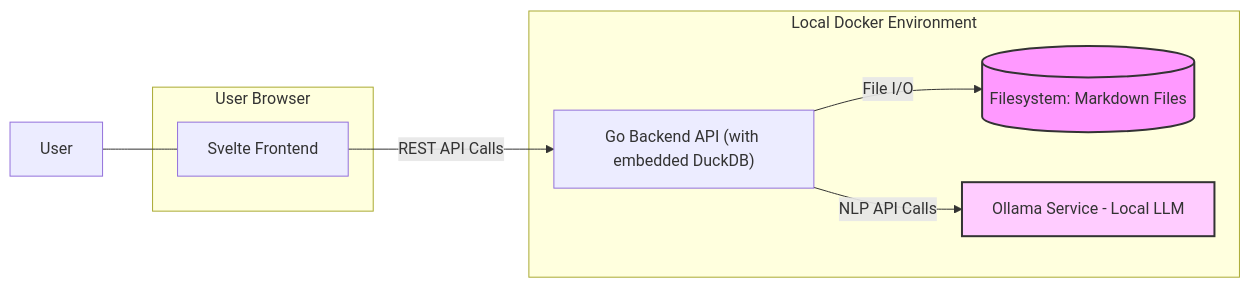
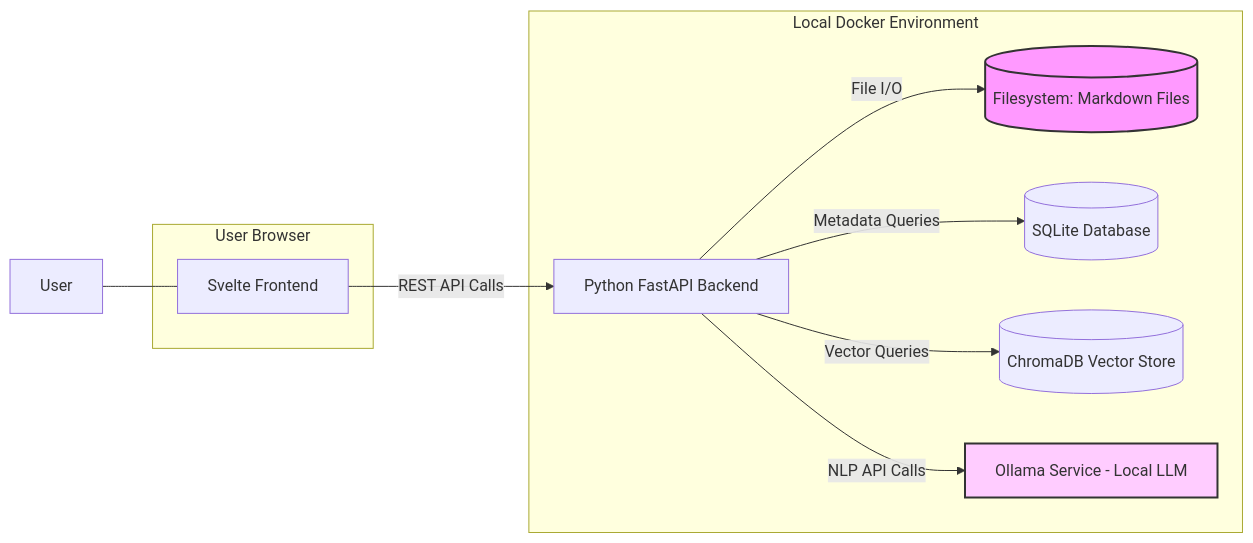
One commit to jeepinbird/second-brain changed the first of 2 diagrams in docs/project_requirements_document.md. Above: the diagram before and after it, drawn with Mermaid. The commit also changed other lines of this file, not shown here.

Commit message:
Switched to Python, FastAPI, SQLite, and ChromaDB

````diff
--- a/docs/project_requirements_document.md
+++ b/docs/project_requirements_document.md
@@ -133,20 +133,24 @@
 ```mermaid
 graph LR
     subgraph User Browser
         Frontend["Svelte Frontend"]
     end
 
     subgraph Local Docker Environment
-        Backend["Go Backend API (with embedded DuckDB)"]
+        Backend["Python FastAPI Backend"]
         FS[(Filesystem: Markdown Files)]
+        SQLite[(SQLite Database)]
+        ChromaDB[(ChromaDB Vector Store)]
         NLP["Ollama Service - Local LLM"]
     end
 
     User --- Frontend
     Frontend -- REST API Calls --> Backend
     Backend -- File I/O --> FS
+    Backend -- Metadata Queries --> SQLite
+    Backend -- Vector Queries --> ChromaDB
     Backend -- NLP API Calls --> NLP
 
     style FS fill:#f9f,stroke:#333,stroke-width:2px
     style NLP fill:#fcf,stroke:#333,stroke-width:2px
 ```
````
